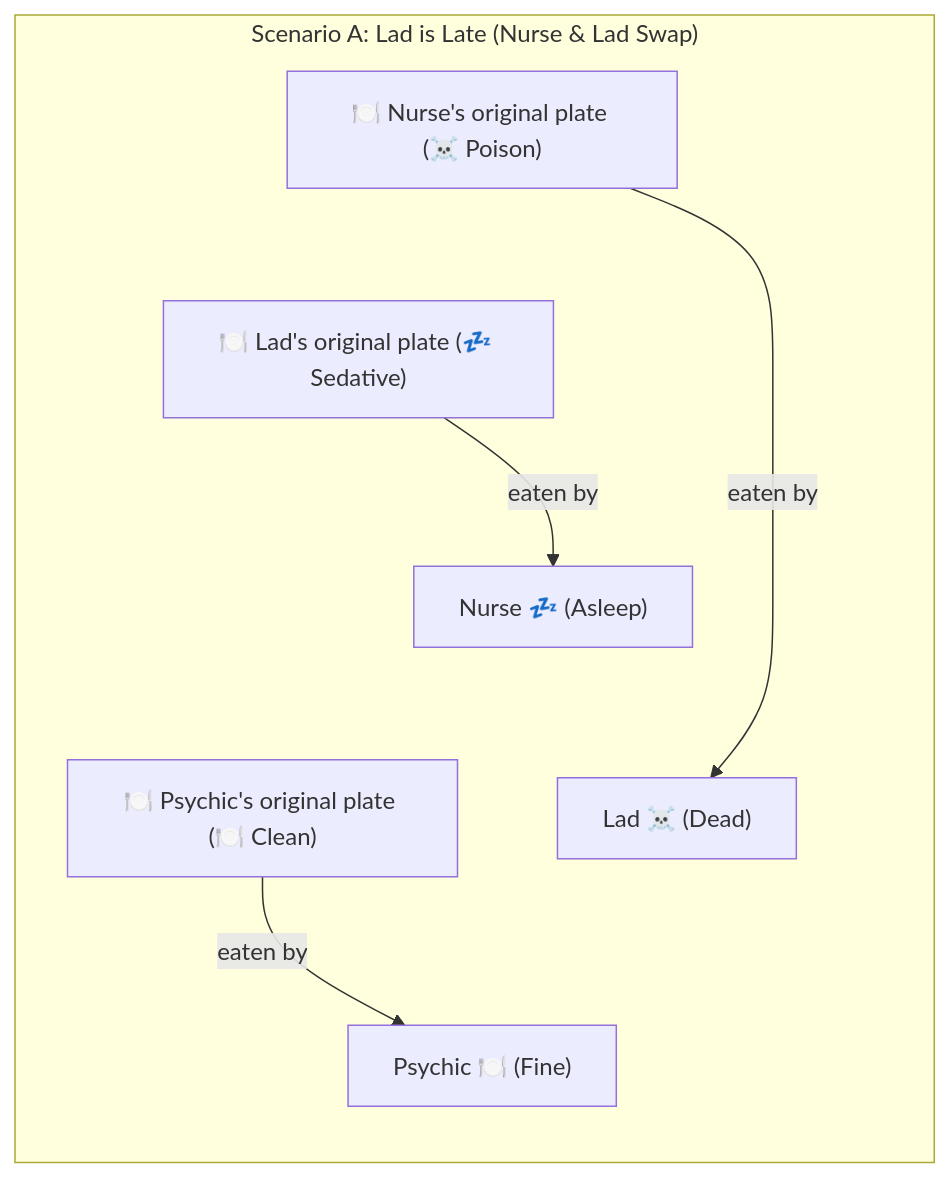
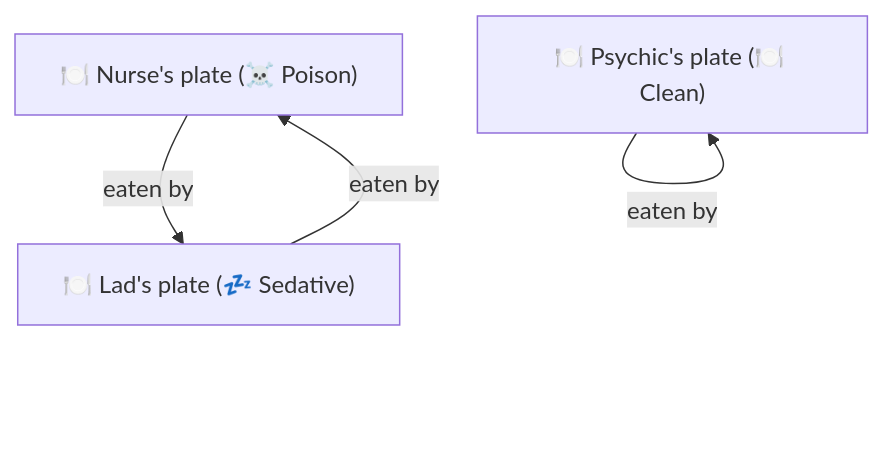
The third of 4 diagrams in docs/game_story/day3_poisoning_chart.md (olivierpierre85/ClaythornManor), drawn with Mermaid before and after one commit. The commit also changed other lines of this file and 1 other file, not shown here.

````diff
--- a/docs/game_story/day3_poisoning_chart.md
+++ b/docs/game_story/day3_poisoning_chart.md
@@ -39,22 +44,10 @@
 ```mermaid
-graph LR
-    subgraph ScenarioA["Scenario A: Lad is Late (Nurse & Lad Swap)"]
-        NP3["🍽️ Nurse's original plate (☠️ Poison)"]
-        LP3["🍽️ Lad's original plate (💤 Sedative)"]
-        PP3["🍽️ Psychic's original plate (🍽️ Clean)"]
+graph TB
+    nurse_poison["🍽️ Nurse's plate (☠️ Poison)"]
+    lad_sedative["🍽️ Lad's plate (💤 Sedative)"]
+    psychic_clean["🍽️ Psychic's plate (🍽️ Clean)"]
 
-        N3["Nurse 💤 (Asleep)"]
-        L3["Lad ☠️ (Dead)"]
-        P3["Psychic 🍽️ (Fine)"]
-
-        NP3 ~~~ LP3
-        LP3 ~~~ PP3
-        
-        N3 ~~~ L3
-        L3 ~~~ P3
-
-        NP3 -->|eaten by| L3
-        LP3 -->|eaten by| N3
-        PP3 -->|eaten by| P3
-    end
+    nurse_poison -->|eaten by| lad_sedative
+    lad_sedative -->|eaten by| nurse_poison
+    psychic_clean -->|eaten by| psychic_clean
 ```
````
